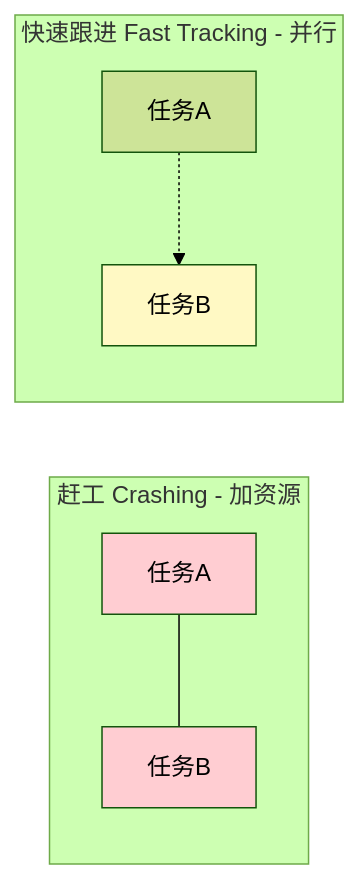
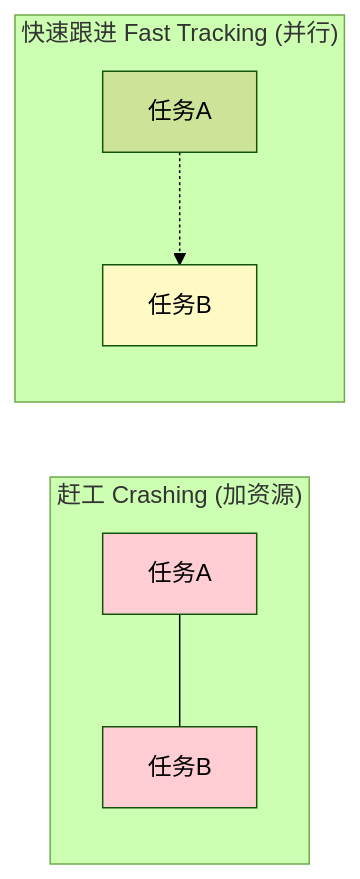
Before and after one commit to wailii/Senior-PM-Exam-Study: the third of 5 diagrams in sessions/2025-12-21.md, drawn with Mermaid (forest theme). The commit also changed other lines of this file and 1 other file, not shown here.

Commit message:
docs: root cause fix for Mermaid syntax - enforce double quotes for all labels

````diff
--- a/sessions/2025-12-21.md
+++ b/sessions/2025-12-21.md
@@ -119,15 +119,15 @@
 ```mermaid
 graph LR
-    subgraph Crashing [赶工 Crashing - 加资源]
-    A1[任务A] --- B1[任务B]
+    subgraph Crashing ["赶工 Crashing (加资源)"]
+    A1["任务A"] --- B1["任务B"]
     style A1 fill:#ffcdd2
     style B1 fill:#ffcdd2
     end
 
-    subgraph FastTracking [快速跟进 Fast Tracking - 并行]
-    A2[任务A]
-    B2[任务B]
+    subgraph FastTracking ["快速跟进 Fast Tracking (并行)"]
+    A2["任务A"]
+    B2["任务B"]
     A2 -.-> B2
     style B2 fill:#fff9c4
     end
 ```
````
